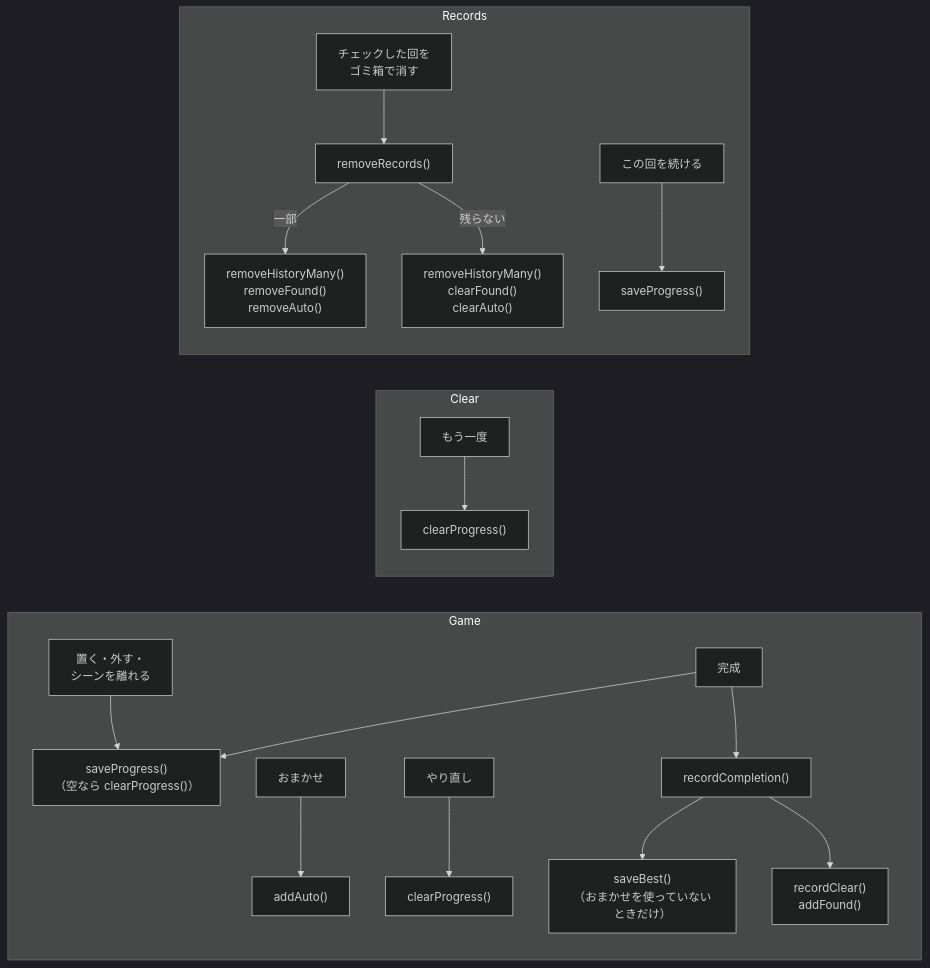
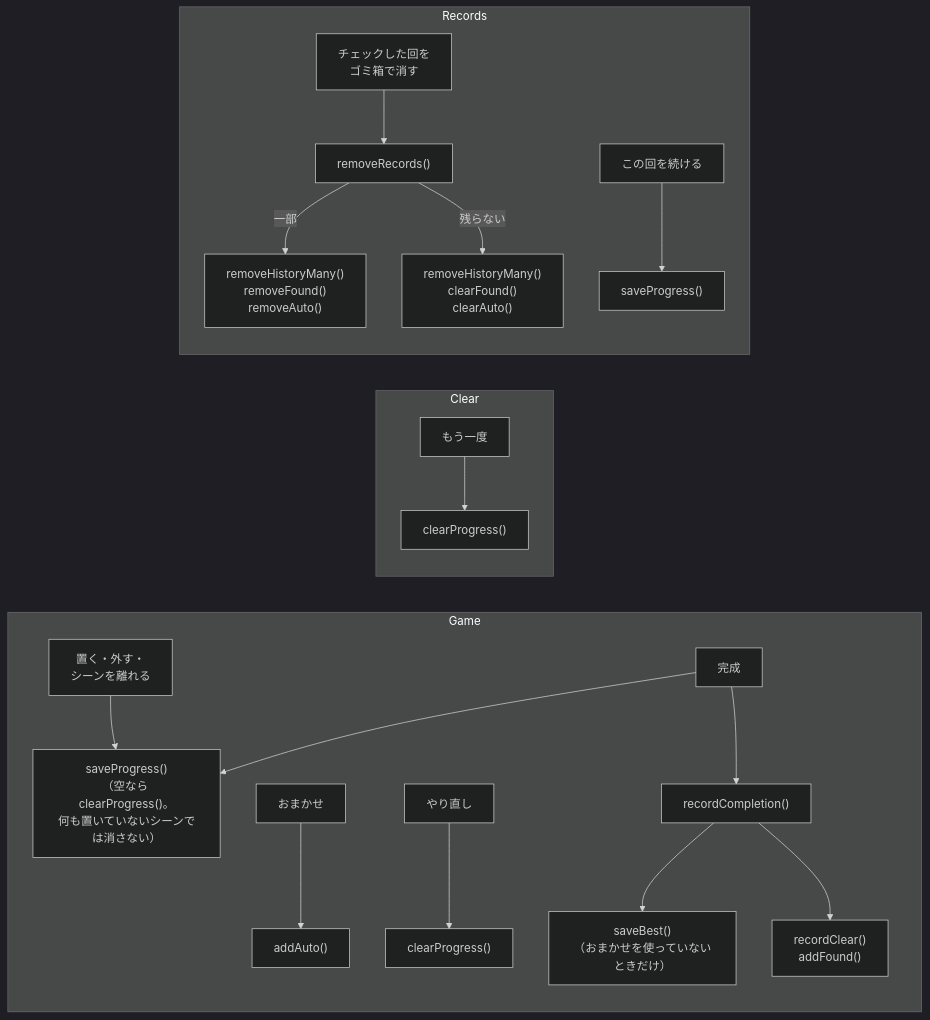
Before and after one commit to ytani01/pentomino-puzzle: the third of 3 diagrams in docs/developer.md, drawn with Mermaid (dark theme). The commit also changed other lines of this file and 24 other files, not shown here.

````diff
--- a/docs/developer.md
+++ b/docs/developer.md
@@ -444,21 +448,21 @@
 ```mermaid
 flowchart LR
   subgraph Game
-    G1["置く・外す・<br>シーンを離れる"] --> P["saveProgress()<br>（空なら clearProgress()）"]
+    G1["置く・外す・<br>シーンを離れる"] --> P["saveProgress()<br>（空なら clearProgress()。<br>何も置いていないシーンでは消さない）"]
     G2["おまかせ"] --> A["addAuto()"]
     G3["やり直し"] --> C["clearProgress()"]
     G4["完成"] --> RC["recordCompletion()"]
     RC --> B["saveBest()<br>（おまかせを使っていないときだけ）"]
     RC --> H["recordClear()<br>addFound()"]
     G4 --> P
   end
   subgraph Clear
     K["もう一度"] --> C2["clearProgress()"]
   end
   subgraph Records
     R1["チェックした回を<br>ゴミ箱で消す"] --> RM["removeRecords()"]
     RM -- "一部" --> RP["removeHistoryMany()<br>removeFound()<br>removeAuto()"]
     RM -- "残らない" --> CL["removeHistoryMany()<br>clearFound()<br>clearAuto()"]
     R2["この回を続ける"] --> RS["saveProgress()"]
   end
 ```
````
